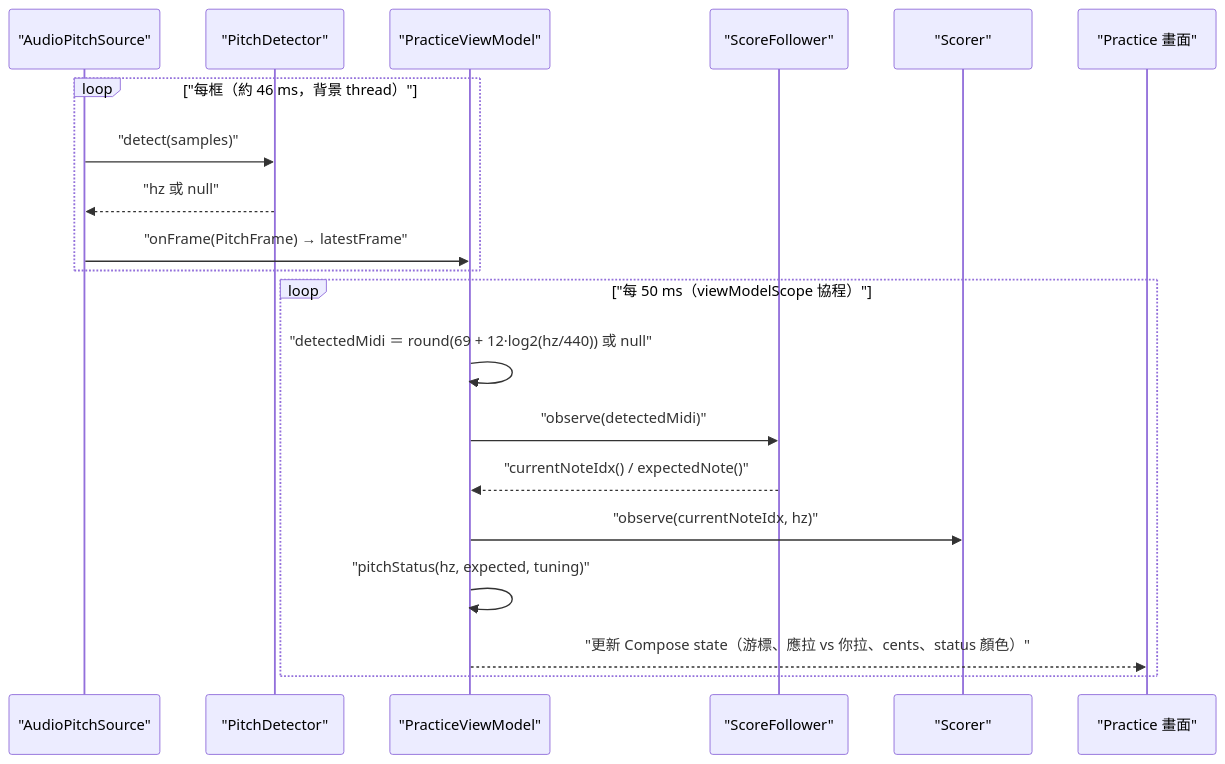
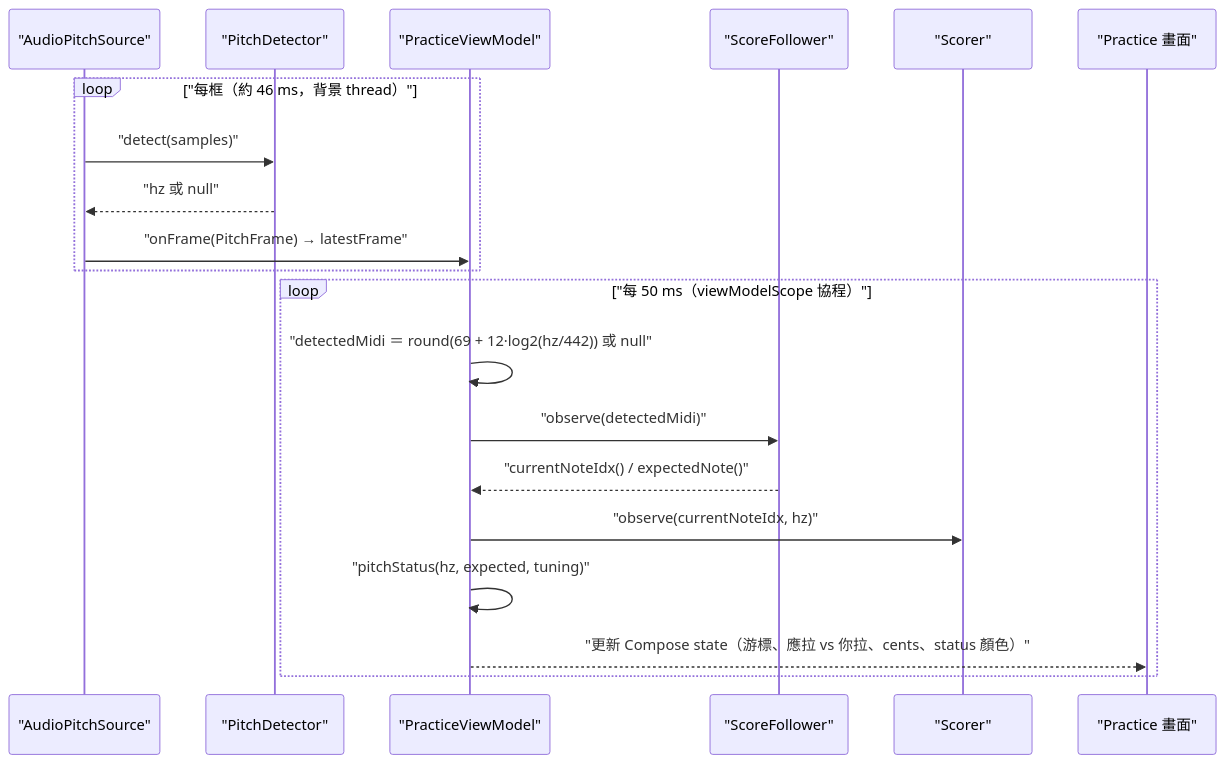
One commit to ue0705/music_app changed the first of 7 diagrams in docs/arc42/06_runtime_view.md. Above: the diagram before and after it, drawn with Mermaid. The commit also changed other lines of this file and 18 other files, not shown here.

````diff
--- a/docs/arc42/06_runtime_view.md
+++ b/docs/arc42/06_runtime_view.md
@@ -11,23 +11,23 @@
 ```mermaid
 sequenceDiagram
   participant MIC as "AudioPitchSource"
   participant PD as "PitchDetector"
   participant VM as "PracticeViewModel"
   participant SF as "ScoreFollower"
   participant SC as "Scorer"
   participant UI as "Practice 畫面"
 
   loop "每框（約 46 ms，背景 thread）"
     MIC->>PD: "detect(samples)"
     PD-->>MIC: "hz 或 null"
     MIC->>VM: "onFrame(PitchFrame) → latestFrame"
   end
   loop "每 50 ms（viewModelScope 協程）"
-    VM->>VM: "detectedMidi ＝ round(69 + 12·log2(hz/440)) 或 null"
+    VM->>VM: "detectedMidi ＝ round(69 + 12·log2(hz/442)) 或 null"
     VM->>SF: "observe(detectedMidi)"
     SF-->>VM: "currentNoteIdx() / expectedNote()"
     VM->>SC: "observe(currentNoteIdx, hz)"
     VM->>VM: "pitchStatus(hz, expected, tuning)"
     VM-->>UI: "更新 Compose state（游標、應拉 vs 你拉、cents、status 顏色）"
   end
 ```
````
